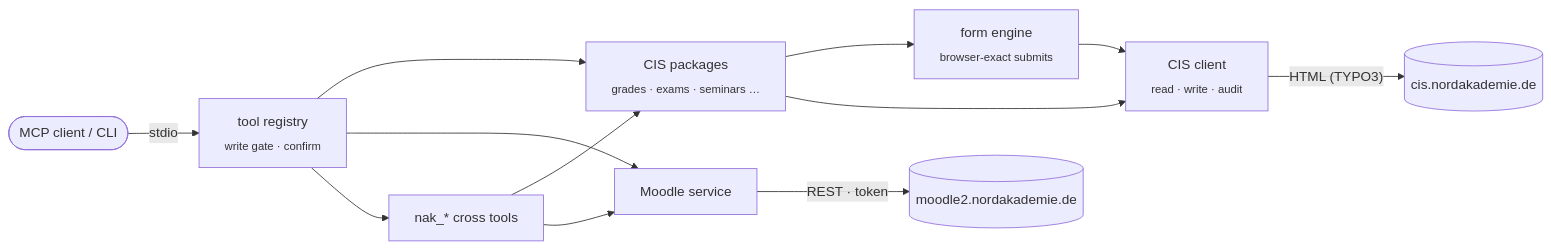
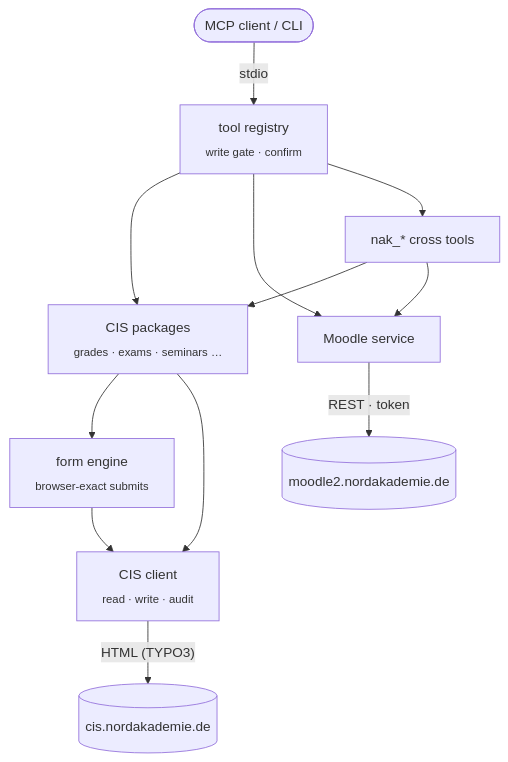
One commit to Raindancer118/nak-api changed the diagram in README.md. Above: the diagram before and after it, drawn with Mermaid. The commit also changed other lines of this file and 18 other files, not shown here.

````diff
--- a/README.md
+++ b/README.md
@@ -251,13 +252,13 @@
 ```mermaid
-flowchart LR
+flowchart TB
     client(["MCP client / CLI"]) -- "stdio" --> reg["tool registry<br/><sub>write gate · confirm</sub>"]
     reg --> cisp["CIS packages<br/><sub>grades · exams · seminars …</sub>"]
     reg --> mdl["Moodle service"]
     reg --> nak["nak_* cross tools"]
     nak --> cisp & mdl
     cisp --> forms["form engine<br/><sub>browser-exact submits</sub>"]
     cisp --> http["CIS client<br/><sub>read · write · audit</sub>"]
     forms --> http
     http -- "HTML (TYPO3)" --> CIS[("cis.nordakademie.de")]
     mdl -- "REST · token" --> Moodle[("moodle2.nordakademie.de")]
 ```
````
